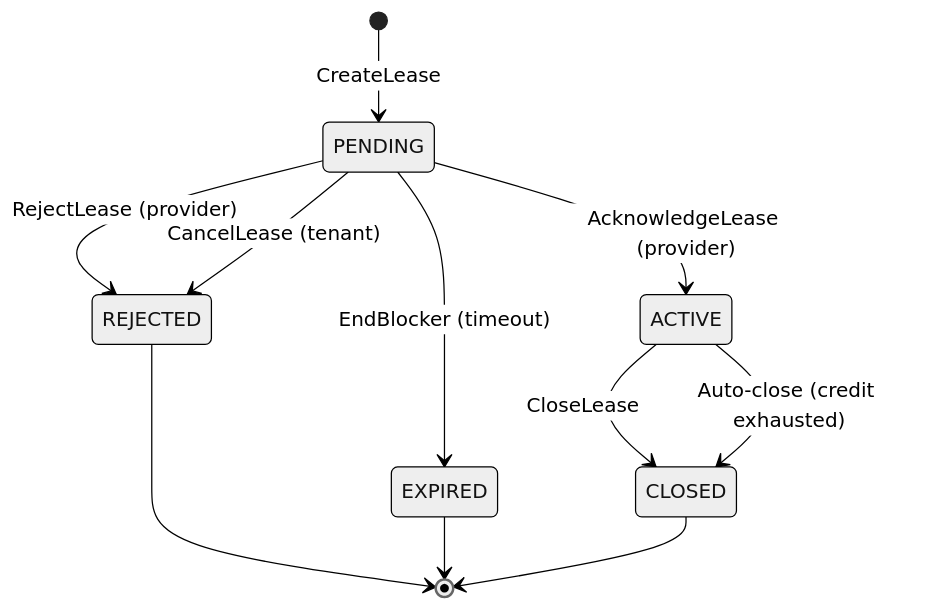
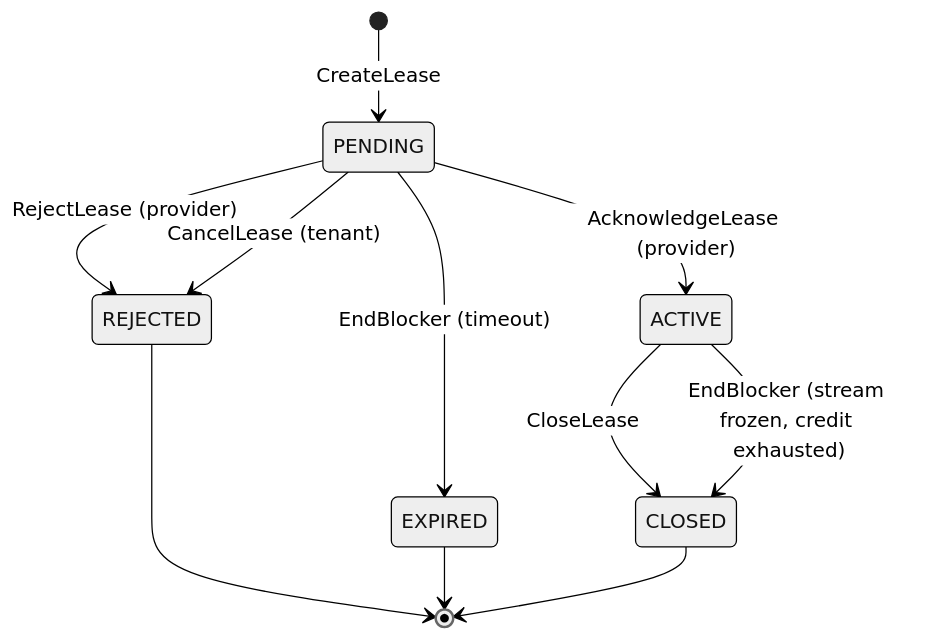
The fourth of 13 diagrams in x/billing/docs/ARCHITECTURE.md (manifest-network/manifest-ledger), drawn with Mermaid (neutral theme) before and after one commit. The commit also changed other lines of this file and 73 other files, not shown here.

````diff
--- a/x/billing/docs/ARCHITECTURE.md
+++ b/x/billing/docs/ARCHITECTURE.md
@@ -216,13 +270,13 @@
 ```mermaid
 stateDiagram-v2
     [*] --> PENDING: CreateLease
     PENDING --> ACTIVE: AcknowledgeLease (provider)
     PENDING --> REJECTED: RejectLease (provider)
     PENDING --> REJECTED: CancelLease (tenant)
     PENDING --> EXPIRED: EndBlocker (timeout)
     ACTIVE --> CLOSED: CloseLease
-    ACTIVE --> CLOSED: Auto-close (credit exhausted)
+    ACTIVE --> CLOSED: EndBlocker (stream frozen, credit exhausted)
     REJECTED --> [*]
     EXPIRED --> [*]
     CLOSED --> [*]
 ```
````
